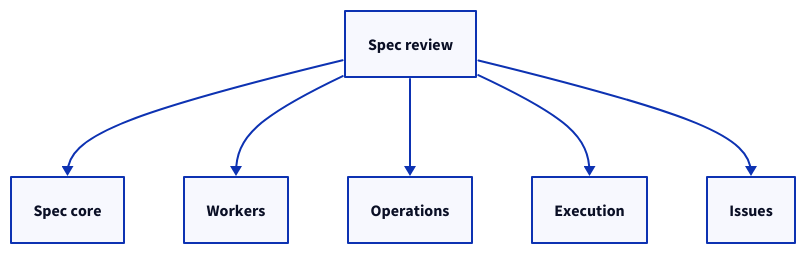
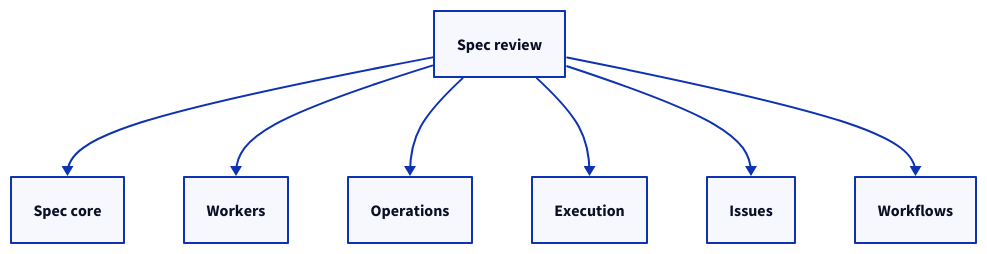
The fourth of 4 diagrams in specs/concorde/method/spec-review/module.md (FTOD/concorde), drawn with D2 before and after one commit. The commit also changed other lines of this file and 5 other files, not shown here.

````diff
--- a/specs/concorde/method/spec-review/module.md
+++ b/specs/concorde/method/spec-review/module.md
@@ -473,13 +474,15 @@
 ```d2
 review: Spec review
 spec: Spec core
 workers: Workers
 operations: Operations
 execution: Execution
 issues: Issues
+workflows: Workflows
 review -> spec
 review -> workers
 review -> operations
 review -> execution
 review -> issues
+review -> workflows
 ```
````
